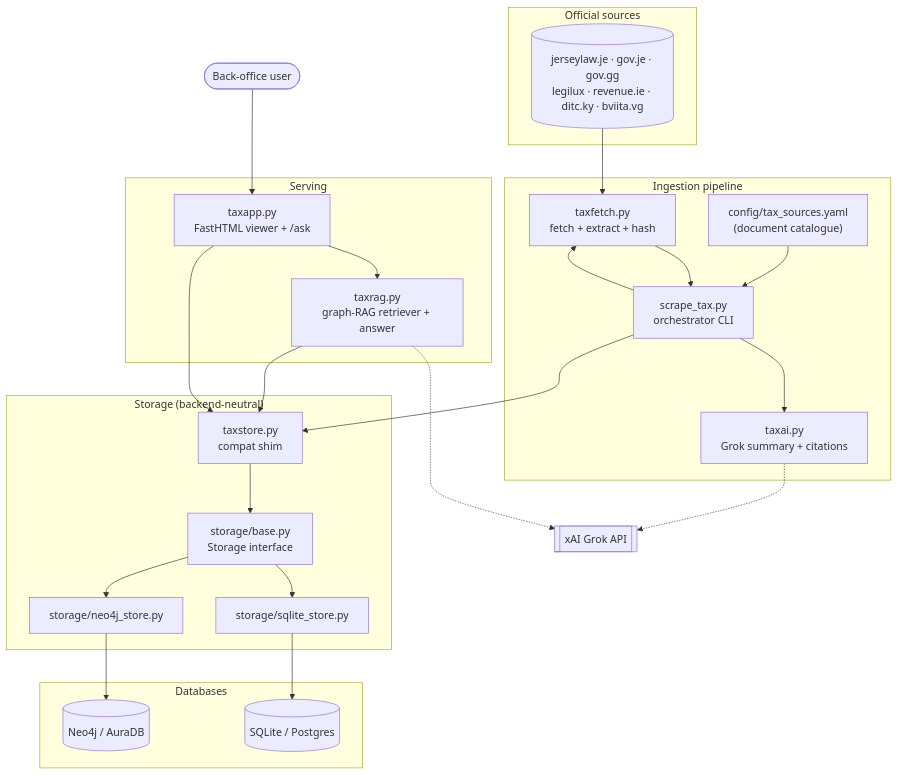
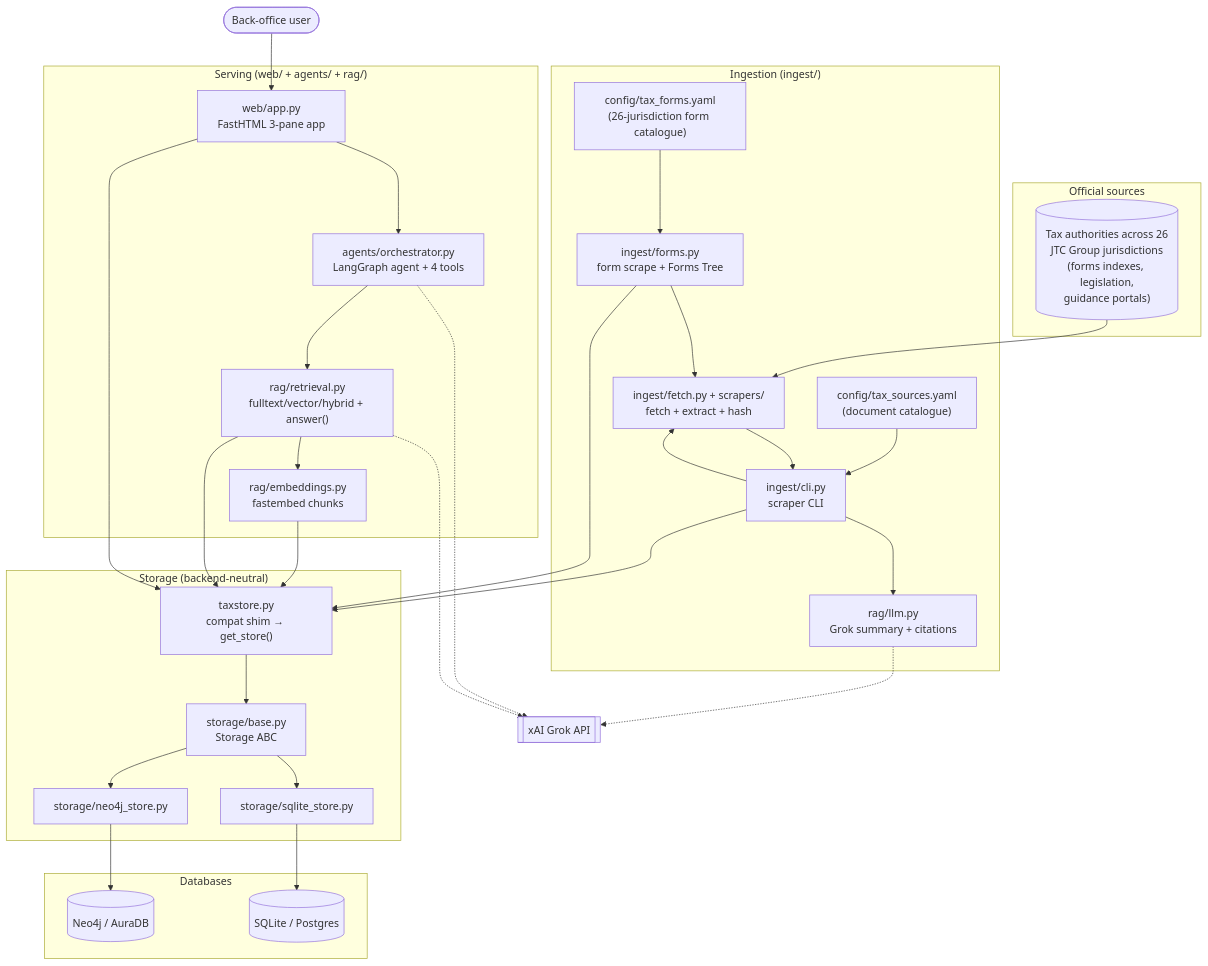
One commit to predictivelabsai/FastFund changed the first of 5 diagrams in docs/architecture_readme.md. Above: the diagram before and after it, drawn with Mermaid. The commit also changed other lines of this file and 3 other files, not shown here.

First line of the commit message:
Add admin forms-refresh route; refresh architecture doc + PDF

````diff
--- a/docs/architecture_readme.md
+++ b/docs/architecture_readme.md
@@ -55,51 +95,62 @@
 ```mermaid
 flowchart TB
     subgraph Sources["Official sources"]
-        SRC[("jerseylaw.je · gov.je · gov.gg<br/>legilux · revenue.ie · ditc.ky · bviita.vg")]
+        SRC[("Tax authorities across 26<br/>JTC Group jurisdictions<br/>(forms indexes, legislation,<br/>guidance portals)")]
     end
 
-    subgraph Ingest["Ingestion pipeline"]
-        CFG["config/tax_sources.yaml<br/>(document catalogue)"]
-        FETCH["taxfetch.py<br/>fetch + extract + hash"]
-        ORCH["scrape_tax.py<br/>orchestrator CLI"]
-        AI["taxai.py<br/>Grok summary + citations"]
+    subgraph Ingest["Ingestion (ingest/)"]
+        FCFG["config/tax_forms.yaml<br/>(26-jurisdiction form catalogue)"]
+        SCFG["config/tax_sources.yaml<br/>(document catalogue)"]
+        FORMS["ingest/forms.py<br/>form scrape + Forms Tree"]
+        FETCH["ingest/fetch.py + scrapers/<br/>fetch + extract + hash"]
+        ORCH["ingest/cli.py<br/>scraper CLI"]
+        AI["rag/llm.py<br/>Grok summary + citations"]
     end
 
     subgraph StorageLayer["Storage (backend-neutral)"]
-        BASE["storage/base.py<br/>Storage interface"]
-        SHIM["taxstore.py<br/>compat shim"]
+        BASE["storage/base.py<br/>Storage ABC"]
+        SHIM["taxstore.py<br/>compat shim → get_store()"]
         NEO["storage/neo4j_store.py"]
         SQL["storage/sqlite_store.py"]
     end
 
     subgraph Backends["Databases"]
         NEO4J[("Neo4j / AuraDB")]
         SQLITE[("SQLite / Postgres")]
     end
 
-    subgraph Serve["Serving"]
-        APP["taxapp.py<br/>FastHTML viewer + /ask"]
-        RAG["taxrag.py<br/>graph-RAG retriever + answer"]
+    subgraph Serve["Serving (web/ + agents/ + rag/)"]
+        APP["web/app.py<br/>FastHTML 3-pane app"]
+        AGENTS["agents/orchestrator.py<br/>LangGraph agent + 4 tools"]
+        RAG["rag/retrieval.py<br/>fulltext/vector/hybrid + answer()"]
+        EMB["rag/embeddings.py<br/>fastembed chunks"]
     end
 
     USER(["Back-office user"])
     GROK[["xAI Grok API"]]
 
     SRC --> FETCH
-    CFG --> ORCH
+    FCFG --> FORMS
+    SCFG --> ORCH
     ORCH --> FETCH
+    FORMS --> FETCH
     FETCH --> ORCH
     ORCH --> AI
     AI -.-> GROK
     ORCH --> SHIM
+    FORMS --> SHIM
+    EMB --> SHIM
     SHIM --> BASE
     BASE --> NEO
     BASE --> SQL
     NEO --> NEO4J
     SQL --> SQLITE
     USER --> APP
-    APP --> RAG
+    APP --> AGENTS
+    AGENTS --> RAG
+    AGENTS -.-> GROK
+    RAG --> EMB
     RAG --> SHIM
     RAG -.-> GROK
     APP --> SHIM
 ```
````
